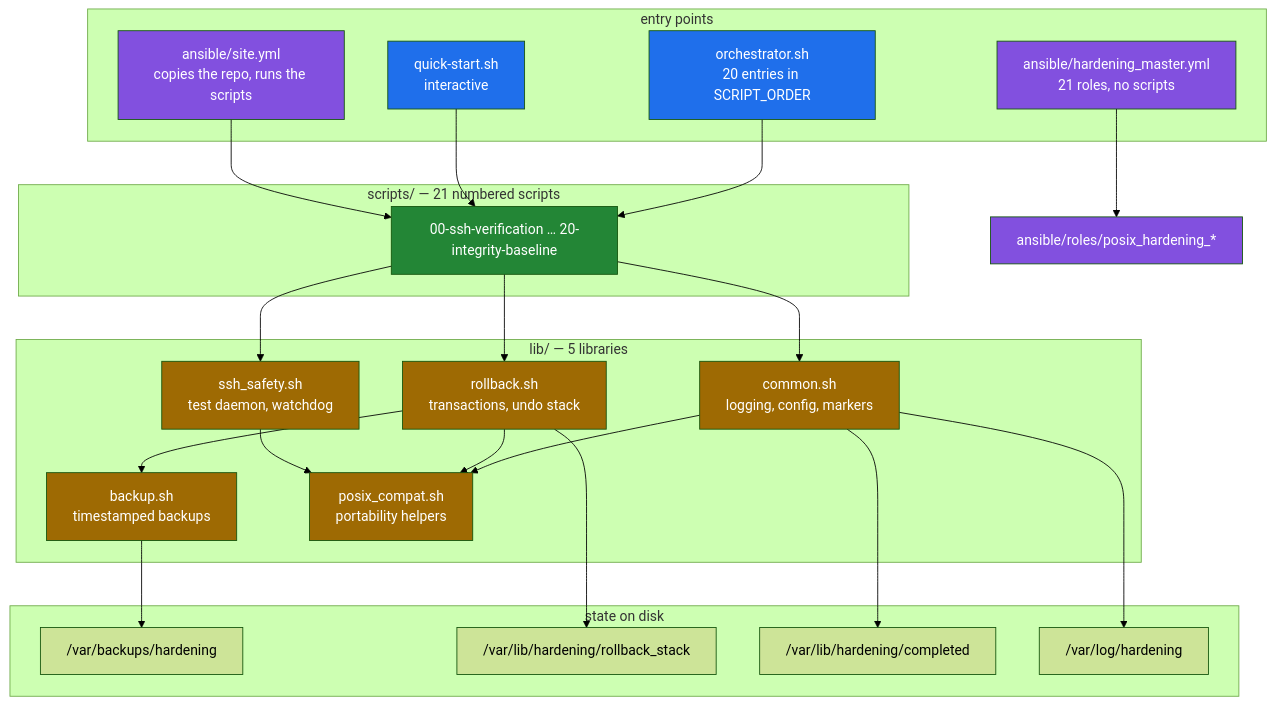
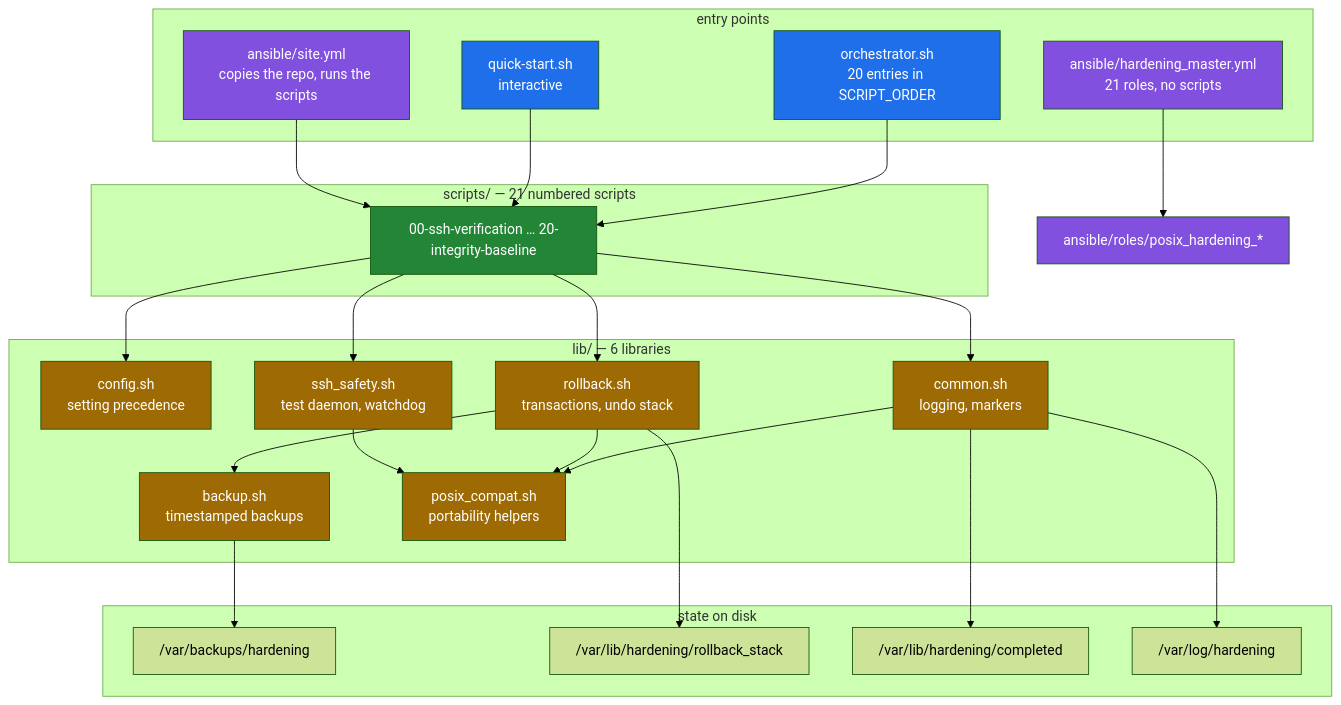
One commit to Bissbert/POSIX-hardening changed the second of 2 diagrams in README.md. Above: the diagram before and after it, drawn with Mermaid (forest theme). The commit also changed other lines of this file and 25 other files, not shown here.

````diff
--- a/README.md
+++ b/README.md
@@ -128,58 +128,61 @@
 ```mermaid
 flowchart TD
     subgraph entry["entry points"]
         ORCH["orchestrator.sh<br/>20 entries in SCRIPT_ORDER"]
         QS["quick-start.sh<br/>interactive"]
         SITE["ansible/site.yml<br/>copies the repo, runs the scripts"]
         MASTER["ansible/hardening_master.yml<br/>21 roles, no scripts"]
     end
 
     subgraph scripts["scripts/ — 21 numbered scripts"]
         S["00-ssh-verification … 20-integrity-baseline"]
     end
 
-    subgraph lib["lib/ — 5 libraries"]
-        COMMON["common.sh<br/>logging, config, markers"]
+    subgraph lib["lib/ — 6 libraries"]
+        CONF["config.sh<br/>setting precedence"]
+        COMMON["common.sh<br/>logging, markers"]
         RB["rollback.sh<br/>transactions, undo stack"]
         SSH["ssh_safety.sh<br/>test daemon, watchdog"]
         BK["backup.sh<br/>timestamped backups"]
         PC["posix_compat.sh<br/>portability helpers"]
     end
 
     subgraph state["state on disk"]
         BACKUPS["/var/backups/hardening"]
         STACK["/var/lib/hardening/rollback_stack"]
         MARKERS["/var/lib/hardening/completed"]
         LOGS["/var/log/hardening"]
     end
 
     ORCH --> S
     QS --> S
     SITE --> S
     MASTER --> ROLES["ansible/roles/posix_hardening_*"]
 
+    S --> CONF
     S --> COMMON
     S --> RB
     S --> SSH
     COMMON --> PC
     RB --> PC
     SSH --> PC
     RB --> BK
 
     BK --> BACKUPS
     RB --> STACK
     COMMON --> MARKERS
     COMMON --> LOGS
 
     style ORCH fill:#1f6feb,color:#fff
     style QS fill:#1f6feb,color:#fff
     style SITE fill:#8250df,color:#fff
     style MASTER fill:#8250df,color:#fff
     style S fill:#238636,color:#fff
     style ROLES fill:#8250df,color:#fff
+    style CONF fill:#9e6a03,color:#fff
     style COMMON fill:#9e6a03,color:#fff
     style RB fill:#9e6a03,color:#fff
     style SSH fill:#9e6a03,color:#fff
     style BK fill:#9e6a03,color:#fff
     style PC fill:#9e6a03,color:#fff
 ```
````
